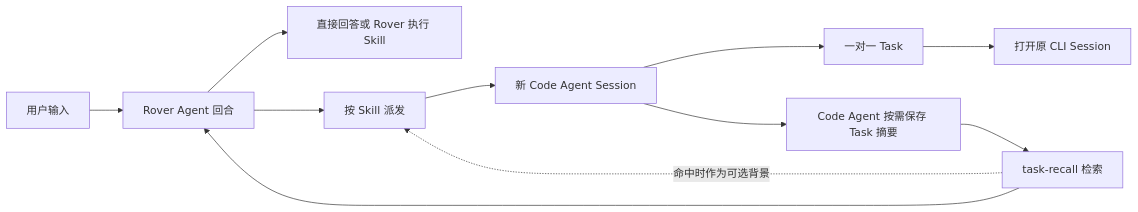
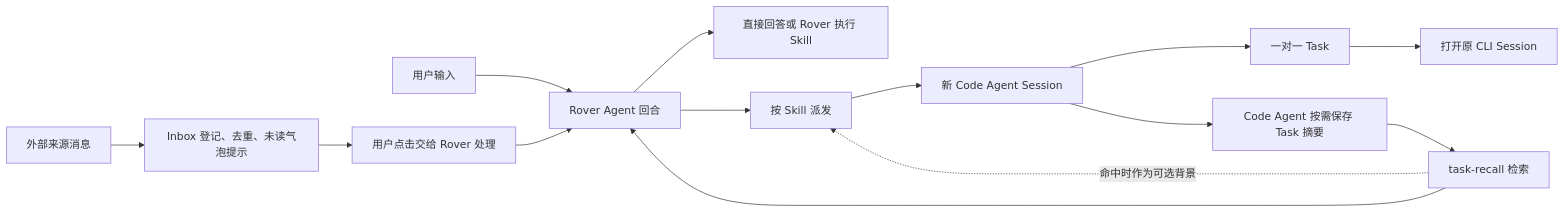
Before and after one commit to edisonLzy/Rover: the diagram in docs/product/Rover 产品设计文档.md, drawn with Mermaid. The commit also changed other lines of this file and 13 other files, not shown here.

Commit message:
Document Rover MVP architecture and inbox interactions

````diff
--- a/docs/product/Rover 产品设计文档.md
+++ b/docs/product/Rover 产品设计文档.md
@@ -71,13 +75,16 @@
 ```mermaid
 flowchart LR
   U[用户输入] --> R[Rover Agent 回合]
   R --> A[直接回答或 Rover 执行 Skill]
   R --> D[按 Skill 派发]
   D --> S[新 Code Agent Session]
   S --> T[一对一 Task]
   S --> M[Code Agent 按需保存 Task 摘要]
   M --> Q[task-recall 检索]
   Q --> R
   Q -.命中时作为可选背景.-> D
   T --> O[打开原 CLI Session]
+  X[外部来源消息] --> I[Inbox 登记、去重、未读气泡提示]
+  I --> C[用户点击交给 Rover 处理]
+  C --> R
 ```
````
